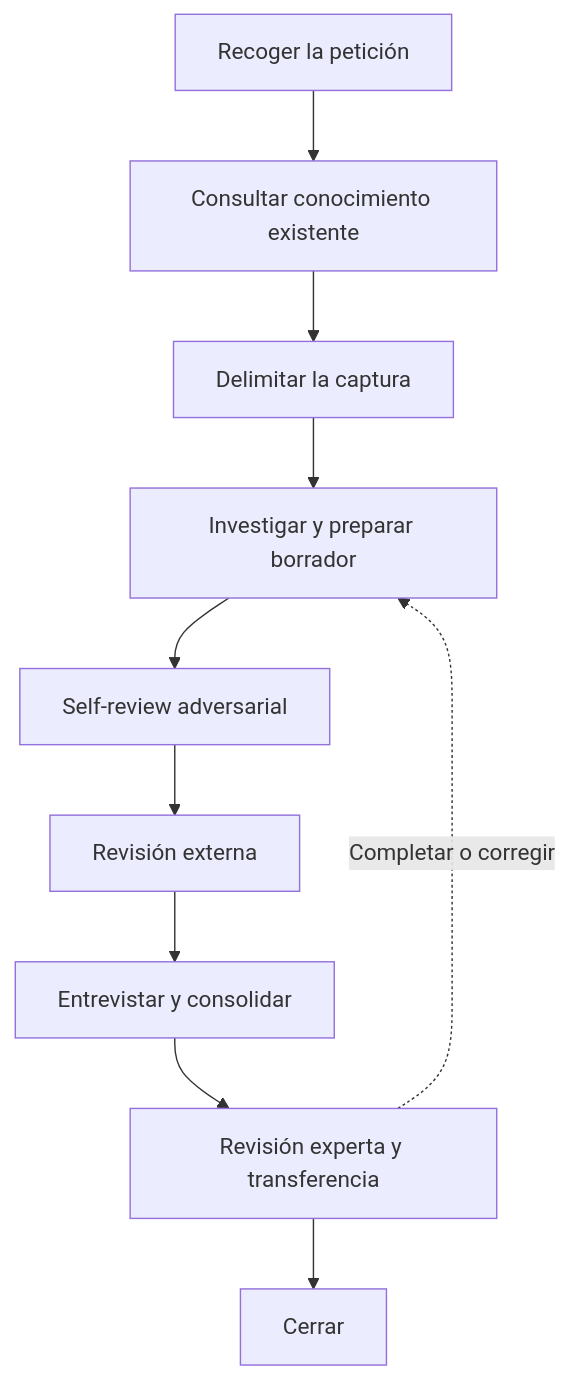
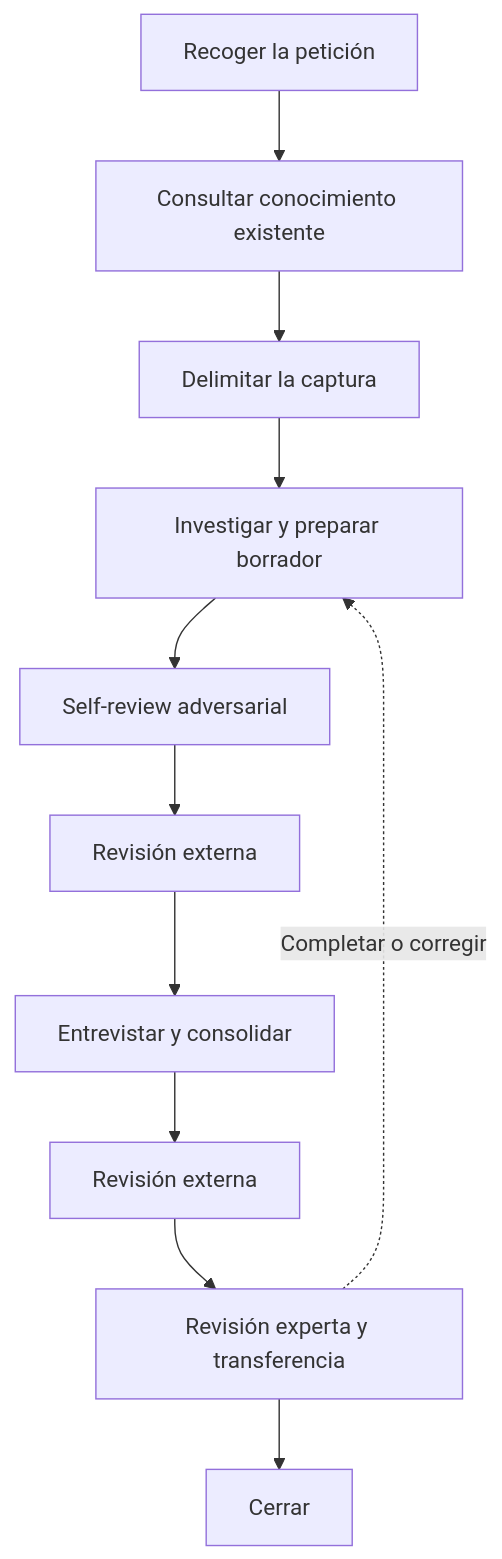
Before and after one commit to davidbalivo/skills: the diagram in skills/engineering/dna-harvest/SKILL.md, drawn with Mermaid. The commit also changed other lines of this file, not shown here.

````diff
--- a/skills/engineering/dna-harvest/SKILL.md
+++ b/skills/engineering/dna-harvest/SKILL.md
@@ -169,12 +185,13 @@
 ```mermaid
 flowchart TD
     P[Recoger la petición] --> K[Consultar conocimiento existente]
     K --> A[Delimitar la captura]
     A --> B[Investigar y preparar borrador]
     B --> S[Self-review adversarial]
     S --> R[Revisión externa]
     R --> C[Entrevistar y consolidar]
-    C --> D[Revisión experta y transferencia]
+    C --> R2[Revisión externa]
+    R2 --> D[Revisión experta y transferencia]
     D --> E[Cerrar]
     D -.->|Completar o corregir| B
 ```
````
